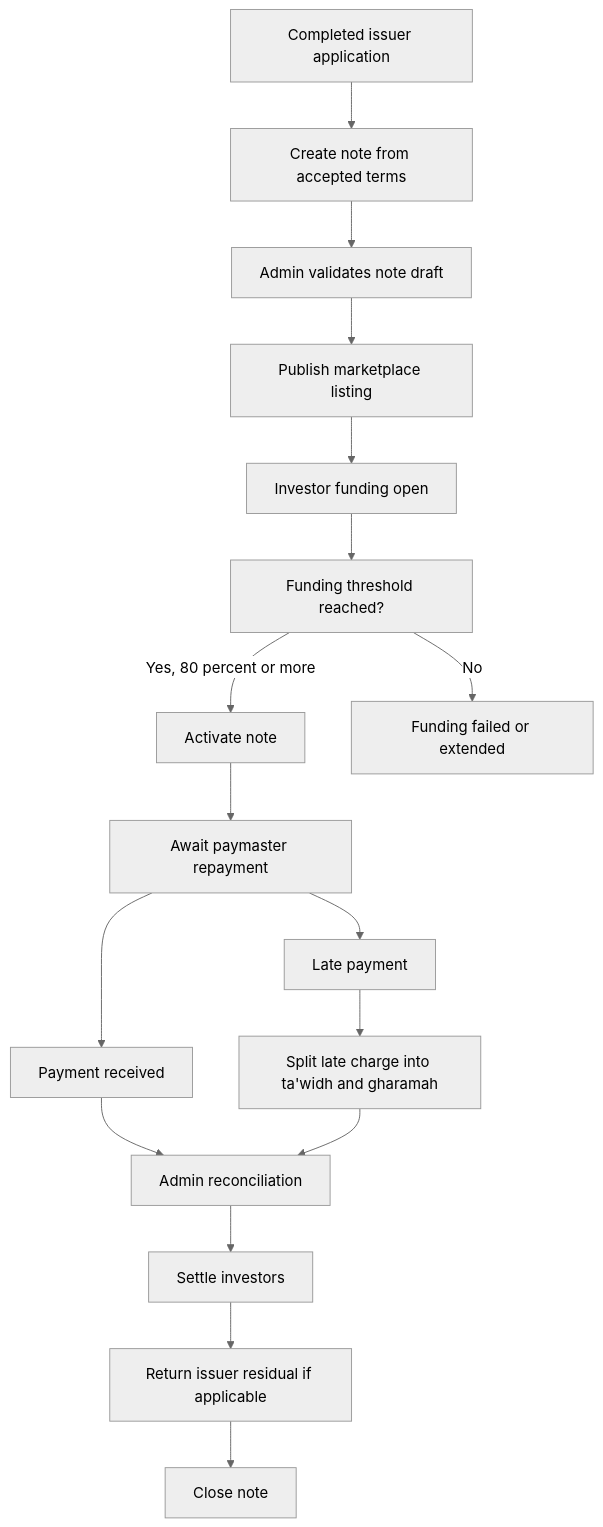
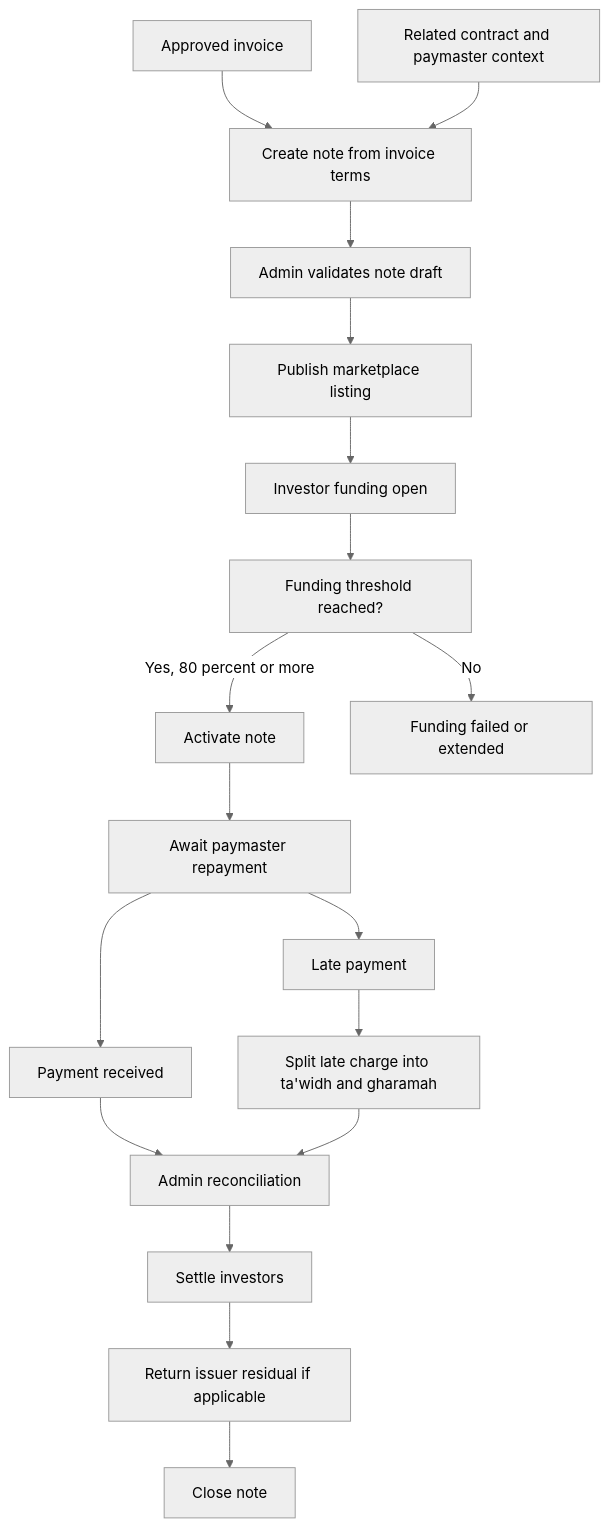
Before and after one commit to Malcan-Technologies/shoraka: the first of 2 diagrams in docs/guides/note-lifecycle-management-plan.md, drawn with Mermaid (neutral theme). The commit also changed other lines of this file and 59 other files, not shown here.

````diff
--- a/docs/guides/note-lifecycle-management-plan.md
+++ b/docs/guides/note-lifecycle-management-plan.md
@@ -220,19 +234,20 @@
 ```mermaid
 flowchart TD
-  completedApplication["Completed issuer application"] --> createNote["Create note from accepted terms"]
+  approvedInvoice["Approved invoice"] --> createNote["Create note from invoice terms"]
+  contractContext["Related contract and paymaster context"] --> createNote
   createNote --> adminDraft["Admin validates note draft"]
   adminDraft --> publishListing["Publish marketplace listing"]
   publishListing --> fundingOpen["Investor funding open"]
   fundingOpen --> fundingDecision["Funding threshold reached?"]
   fundingDecision -->|"Yes, 80 percent or more"| activeNote["Activate note"]
   fundingDecision -->|"No"| fundingFailed["Funding failed or extended"]
   activeNote --> repaymentDue["Await paymaster repayment"]
   repaymentDue --> paymentReceived["Payment received"]
   paymentReceived --> reconcile["Admin reconciliation"]
   reconcile --> settleInvestors["Settle investors"]
   settleInvestors --> issuerResidual["Return issuer residual if applicable"]
   issuerResidual --> closeNote["Close note"]
   repaymentDue --> latePayment["Late payment"]
   latePayment --> lateSplit["Split late charge into ta'widh and gharamah"]
   lateSplit --> reconcile
 ```
````
